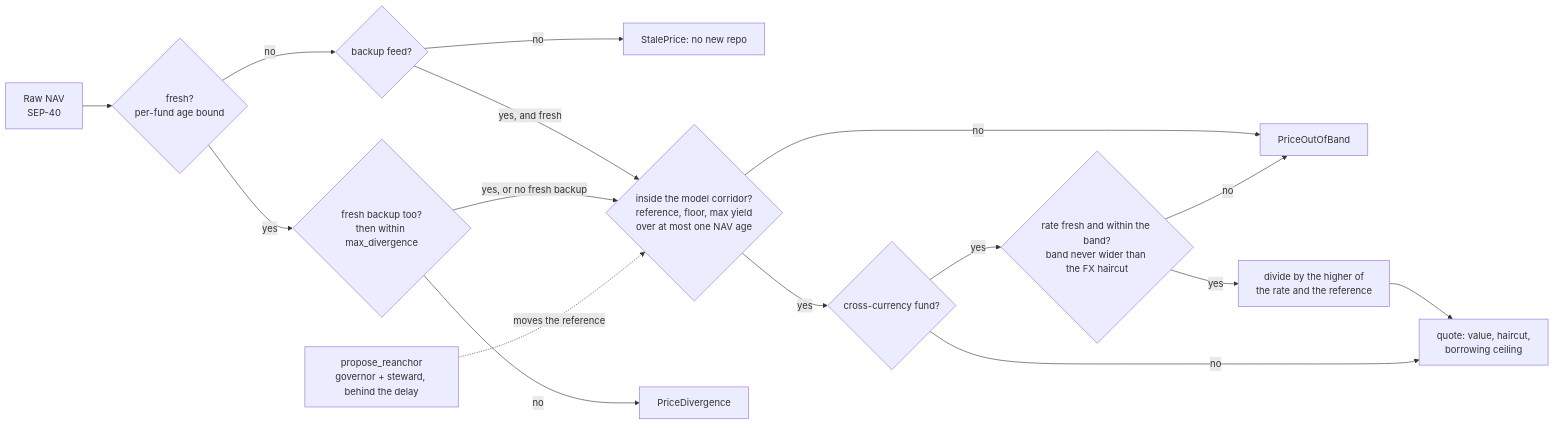
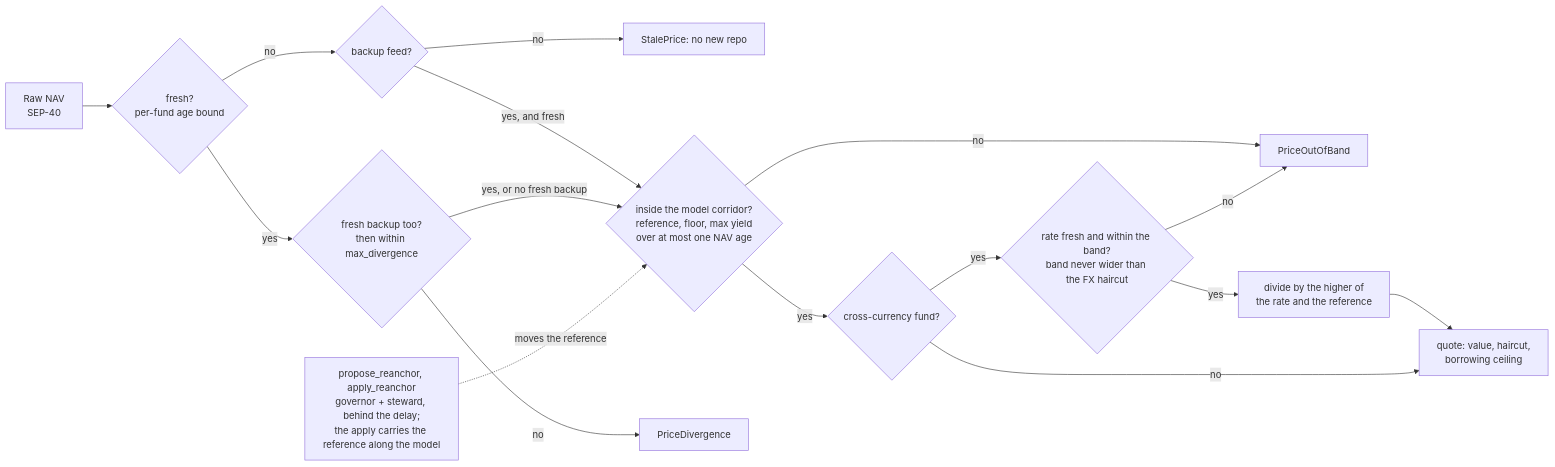
Before and after one commit to EricLtx/hackmeridian-2026: the fifth of 11 diagrams in docs/architecture.md, drawn with Mermaid. The commit also changed other lines of this file and 4 other files, not shown here.

````diff
--- a/docs/architecture.md
+++ b/docs/architecture.md
@@ -152,18 +152,18 @@
 ```mermaid
 flowchart LR
   N[Raw NAV<br/>SEP-40] --> F1{fresh?<br/>per-fund age bound}
   F1 -- no --> BKq{backup feed?}
   BKq -- no --> E1[StalePrice: no new repo]
   BKq -- yes, and fresh --> C
   F1 -- yes --> AG{fresh backup too?<br/>then within max_divergence}
   AG -- no --> E3[PriceDivergence]
   AG -- yes, or no fresh backup --> C{inside the model corridor?<br/>reference, floor, max yield<br/>over at most one NAV age}
   C -- no --> E2[PriceOutOfBand]
   C -- yes --> X{cross-currency fund?}
   X -- yes --> FXc{rate fresh and within the band?<br/>band never wider than the FX haircut}
   FXc -- no --> E2
   FXc -- yes --> FXd[divide by the higher of<br/>the rate and the reference]
   FXd --> Q
   X -- no --> Q[quote: value, haircut,<br/>borrowing ceiling]
-  RA[propose_reanchor<br/>governor + steward, behind the delay] -. moves the reference .-> C
+  RA[propose_reanchor, apply_reanchor<br/>governor + steward, behind the delay;<br/>the apply carries the reference along the model] -. moves the reference .-> C
 ```
````
